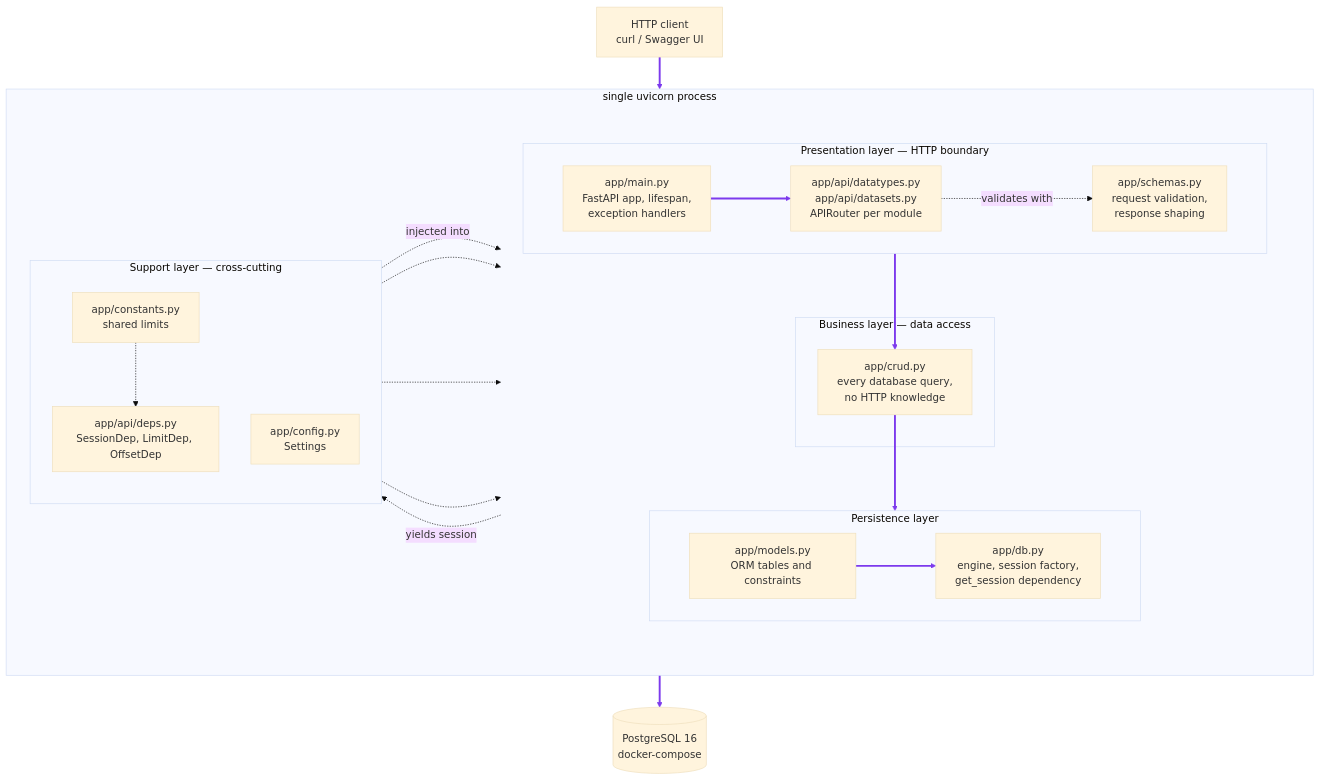
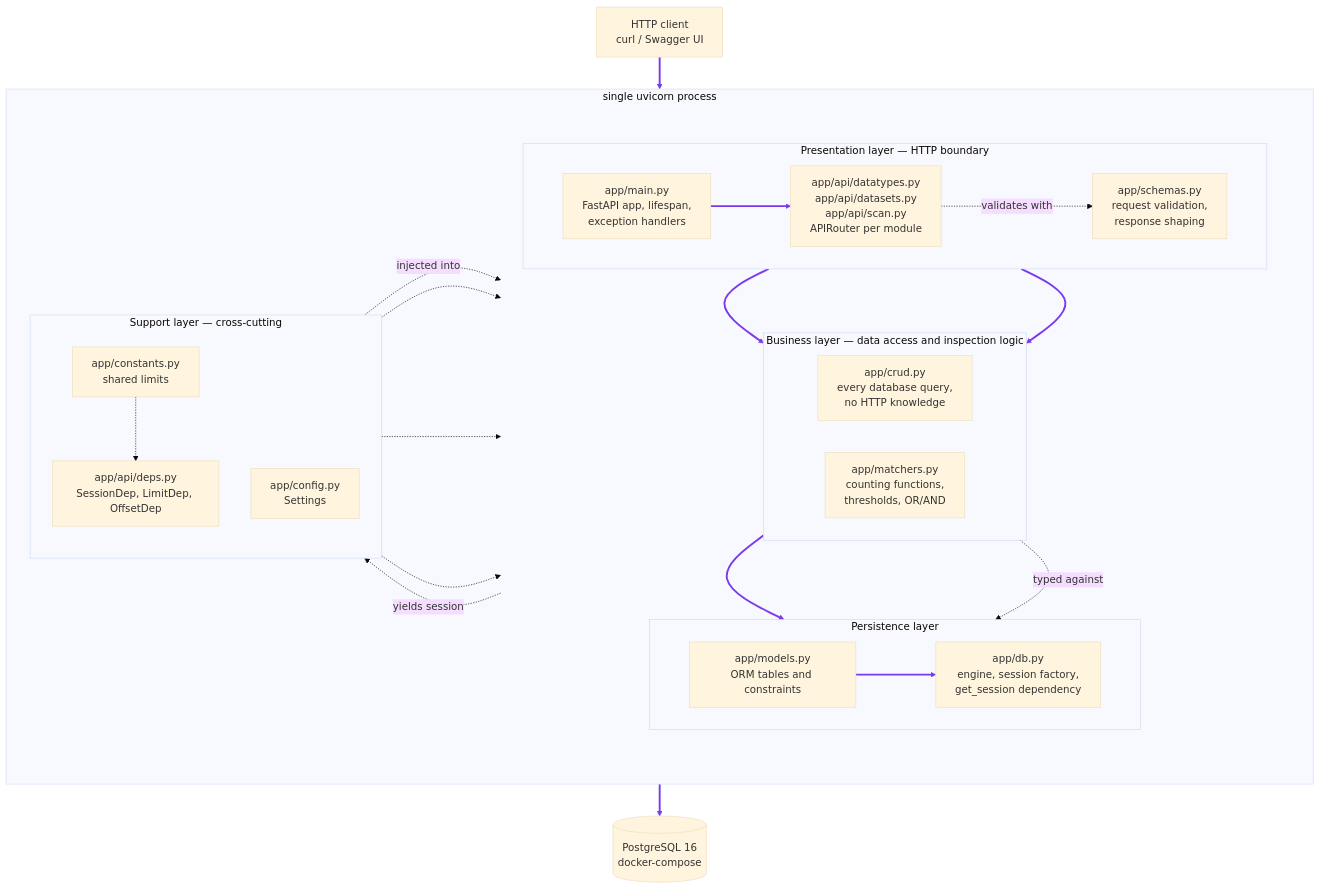
Diagram 13 of 18 in docs/ARCHITECTURE.md (dolevol/data_leak_prevention), drawn with Mermaid (base theme) before and after one commit. The commit also changed other lines of this file and 11 other files, not shown here.

````diff
--- a/docs/ARCHITECTURE.md
+++ b/docs/ARCHITECTURE.md
@@ -195,54 +221,61 @@
 ```mermaid
 flowchart TD
     Client["HTTP client<br/>curl / Swagger UI"] --> Main
 
     subgraph App ["single uvicorn process"]
         direction LR
 
         subgraph Core [" "]
             direction TB
 
             subgraph L1 ["Presentation layer — HTTP boundary"]
                 direction LR
                 Main["app/main.py<br/>FastAPI app, lifespan,<br/>exception handlers"]
-                Routers["app/api/datatypes.py<br/>app/api/datasets.py<br/>APIRouter per module"]
+                Routers["app/api/datatypes.py<br/>app/api/datasets.py<br/>app/api/scan.py<br/>APIRouter per module"]
                 Schemas["app/schemas.py<br/>request validation,<br/>response shaping"]
             end
 
-            subgraph L2 ["Business layer — data access"]
+            subgraph L2 ["Business layer — data access and inspection logic"]
+                direction LR
                 Crud["app/crud.py<br/>every database query,<br/>no HTTP knowledge"]
+                Matchers["app/matchers.py<br/>counting functions,<br/>thresholds, OR/AND"]
             end
 
             subgraph L3 ["Persistence layer"]
                 direction LR
                 Models["app/models.py<br/>ORM tables and constraints"]
                 Db["app/db.py<br/>engine, session factory,<br/>get_session dependency"]
             end
         end
 
         subgraph L4 ["Support layer — cross-cutting"]
             direction TB
             Deps["app/api/deps.py<br/>SessionDep, LimitDep, OffsetDep"]
             Const["app/constants.py<br/>shared limits"]
             Cfg["app/config.py<br/>Settings"]
         end
 
         Main --> Routers
         Routers --> Crud
+        Routers --> Matchers
         Crud --> Models
         Models --> Db
-
-        Deps -.->|"injected into"| Routers
-        Routers -.->|"validates with"| Schemas
-        Const -.-> Schemas
-        Const -.-> Models
-        Const -.-> Deps
-        Cfg -.-> Db
-        Db -.->|"yields session"| Deps
     end
 
     Db --> PG[("PostgreSQL 16<br/>docker-compose")]
 
+    %% Every solid request-path link is declared above, so the purple set below is
+    %% the contiguous range 0-6. Dashed links go after it: appending one can never
+    %% shift the styled indices again.
+    Deps -.->|"injected into"| Routers
+    Routers -.->|"validates with"| Schemas
+    Matchers -.->|"typed against"| Models
+    Const -.-> Schemas
+    Const -.-> Models
+    Const -.-> Deps
+    Cfg -.-> Db
+    Db -.->|"yields session"| Deps
+
     style Core fill:none,stroke:none
-    linkStyle 0,1,2,3,4,12 stroke:#7c3aed,stroke-width:3px
+    linkStyle 0,1,2,3,4,5,6 stroke:#7c3aed,stroke-width:3px
 ```
````
